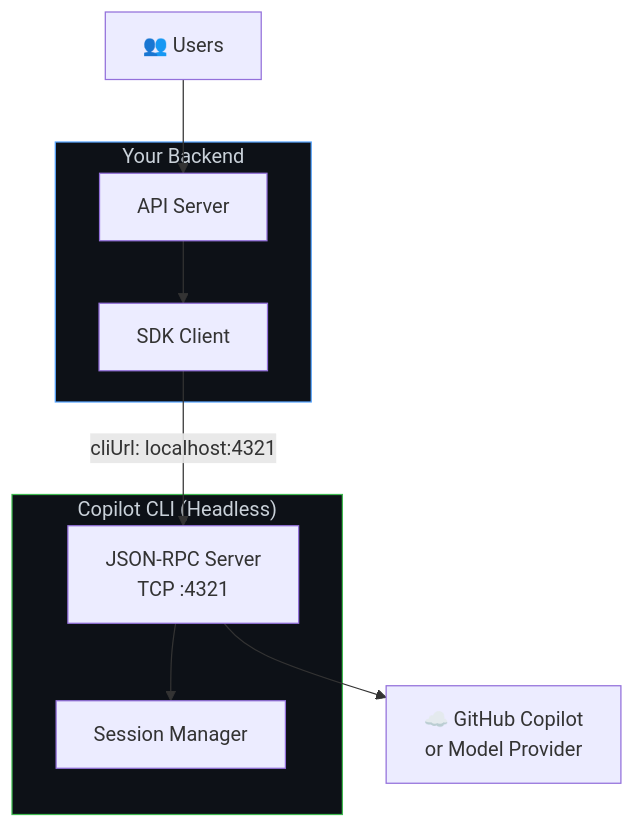
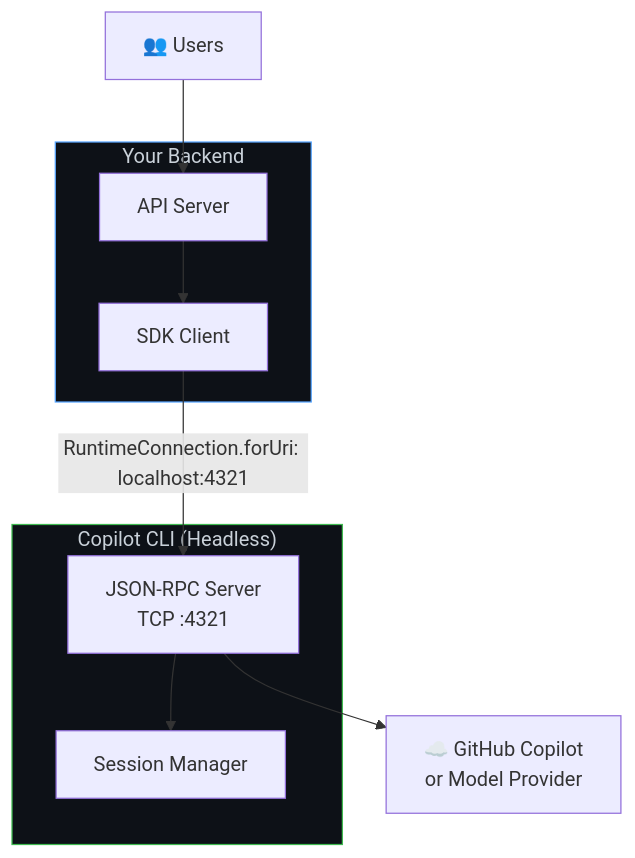
The first of 5 diagrams in docs/setup/backend-services.md (github/copilot-sdk), drawn with Mermaid before and after one commit. The commit also changed other lines of this file and 830 other files, not shown here.

Commit message:
Update SDK snapshot for Copilot CLI 1.0.106-1

````diff
--- a/docs/setup/backend-services.md
+++ b/docs/setup/backend-services.md
@@ -11,21 +11,21 @@
 ```mermaid
 flowchart TB
     subgraph Backend["Your Backend"]
         API["API Server"]
         SDK["SDK Client"]
     end
 
     subgraph CLIServer["Copilot CLI (Headless)"]
         RPC["JSON-RPC Server<br/>TCP :4321"]
         Sessions["Session Manager"]
     end
 
     Users["👥 Users"] --> API
     API --> SDK
-    SDK -- "cliUrl: localhost:4321" --> RPC
+    SDK -- "RuntimeConnection.forUri: localhost:4321" --> RPC
     RPC --> Sessions
     RPC --> Copilot["☁️ GitHub Copilot<br/>or Model Provider"]
 
     style Backend fill:#0d1117,stroke:#58a6ff,color:#c9d1d9
     style CLIServer fill:#0d1117,stroke:#3fb950,color:#c9d1d9
 ```
````
